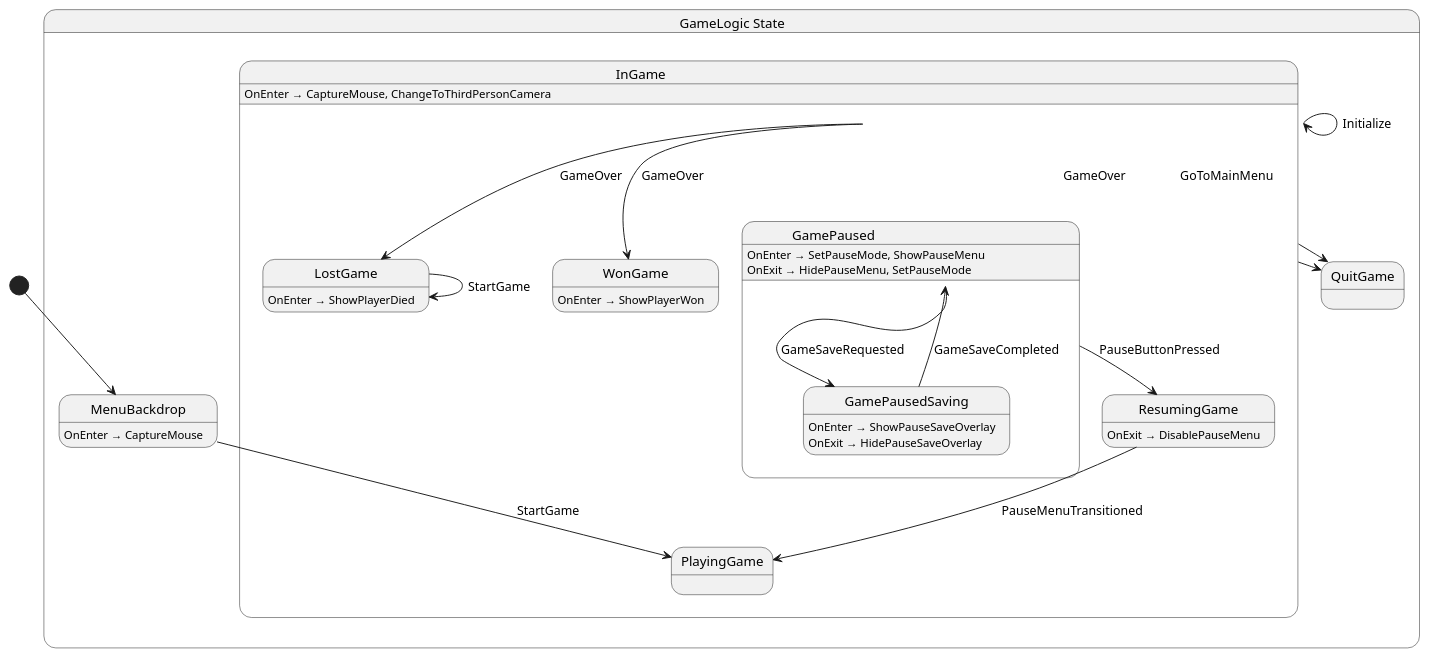
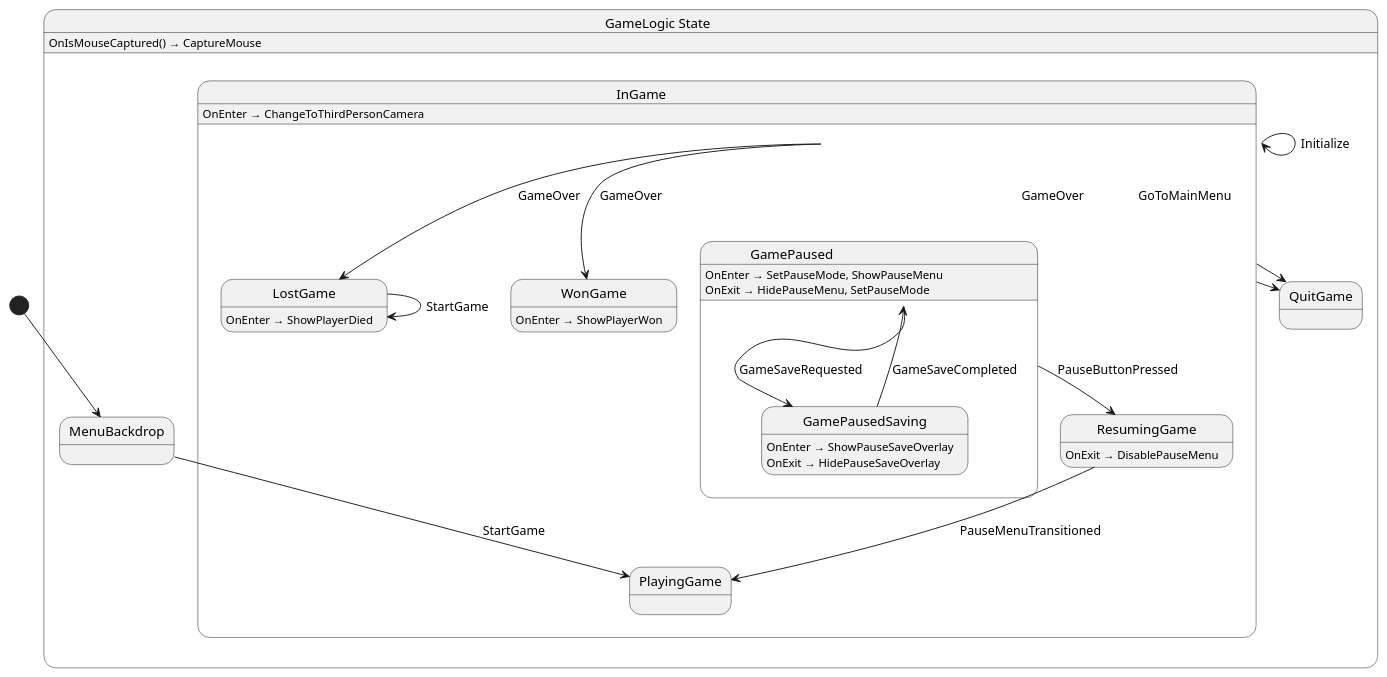
One commit to chickensoft-games/GameDemo changed the diagram in src/game/state/GameLogic.g.puml. Above: the diagram before and after it, drawn with PlantUML. The commit also changed 5 other files, not shown here.

Commit message:
refactor: fix mouse capture for camera listener

```diff
--- a/src/game/state/GameLogic.g.puml
+++ b/src/game/state/GameLogic.g.puml
@@ -1,43 +1,42 @@
 @startuml GameLogic
 state "GameLogic State" as GameDemo_GameLogic_State {
   state "InGame" as GameDemo_GameLogic_State_InGame {
     state "GamePaused" as GameDemo_GameLogic_State_GamePaused {
       state "GamePausedSaving" as GameDemo_GameLogic_State_GamePausedSaving {
         GameDemo_GameLogic_State_GamePausedSaving : OnEnter → ShowPauseSaveOverlay
         GameDemo_GameLogic_State_GamePausedSaving : OnExit → HidePauseSaveOverlay
       }
       GameDemo_GameLogic_State_GamePaused : OnEnter → SetPauseMode, ShowPauseMenu
       GameDemo_GameLogic_State_GamePaused : OnExit → HidePauseMenu, SetPauseMode
     }
     state "LostGame" as GameDemo_GameLogic_State_LostGame {
       GameDemo_GameLogic_State_LostGame : OnEnter → ShowPlayerDied
     }
     state "PlayingGame" as GameDemo_GameLogic_State_PlayingGame
     state "ResumingGame" as GameDemo_GameLogic_State_ResumingGame {
       GameDemo_GameLogic_State_ResumingGame : OnExit → DisablePauseMenu
     }
     state "WonGame" as GameDemo_GameLogic_State_WonGame {
       GameDemo_GameLogic_State_WonGame : OnEnter → ShowPlayerWon
     }
-    GameDemo_GameLogic_State_InGame : OnEnter → CaptureMouse, ChangeToThirdPersonCamera
+    GameDemo_GameLogic_State_InGame : OnEnter → ChangeToThirdPersonCamera
   }
-  state "MenuBackdrop" as GameDemo_GameLogic_State_MenuBackdrop {
-    GameDemo_GameLogic_State_MenuBackdrop : OnEnter → CaptureMouse
-  }
+  state "MenuBackdrop" as GameDemo_GameLogic_State_MenuBackdrop
   state "QuitGame" as GameDemo_GameLogic_State_QuitGame
+  GameDemo_GameLogic_State : OnIsMouseCaptured() → CaptureMouse
 }
 
 GameDemo_GameLogic_State_GamePaused --> GameDemo_GameLogic_State_GamePausedSaving : GameSaveRequested
 GameDemo_GameLogic_State_GamePaused --> GameDemo_GameLogic_State_ResumingGame : PauseButtonPressed
 GameDemo_GameLogic_State_GamePausedSaving --> GameDemo_GameLogic_State_GamePaused : GameSaveCompleted
 GameDemo_GameLogic_State_InGame --> GameDemo_GameLogic_State_InGame : Initialize
 GameDemo_GameLogic_State_InGame --> GameDemo_GameLogic_State_LostGame : GameOver
 GameDemo_GameLogic_State_InGame --> GameDemo_GameLogic_State_QuitGame : GameOver
 GameDemo_GameLogic_State_InGame --> GameDemo_GameLogic_State_QuitGame : GoToMainMenu
 GameDemo_GameLogic_State_InGame --> GameDemo_GameLogic_State_WonGame : GameOver
 GameDemo_GameLogic_State_LostGame --> GameDemo_GameLogic_State_LostGame : StartGame
 GameDemo_GameLogic_State_MenuBackdrop --> GameDemo_GameLogic_State_PlayingGame : StartGame
 GameDemo_GameLogic_State_ResumingGame --> GameDemo_GameLogic_State_PlayingGame : PauseMenuTransitioned
 
 [*] --> GameDemo_GameLogic_State_MenuBackdrop
 @enduml
```
